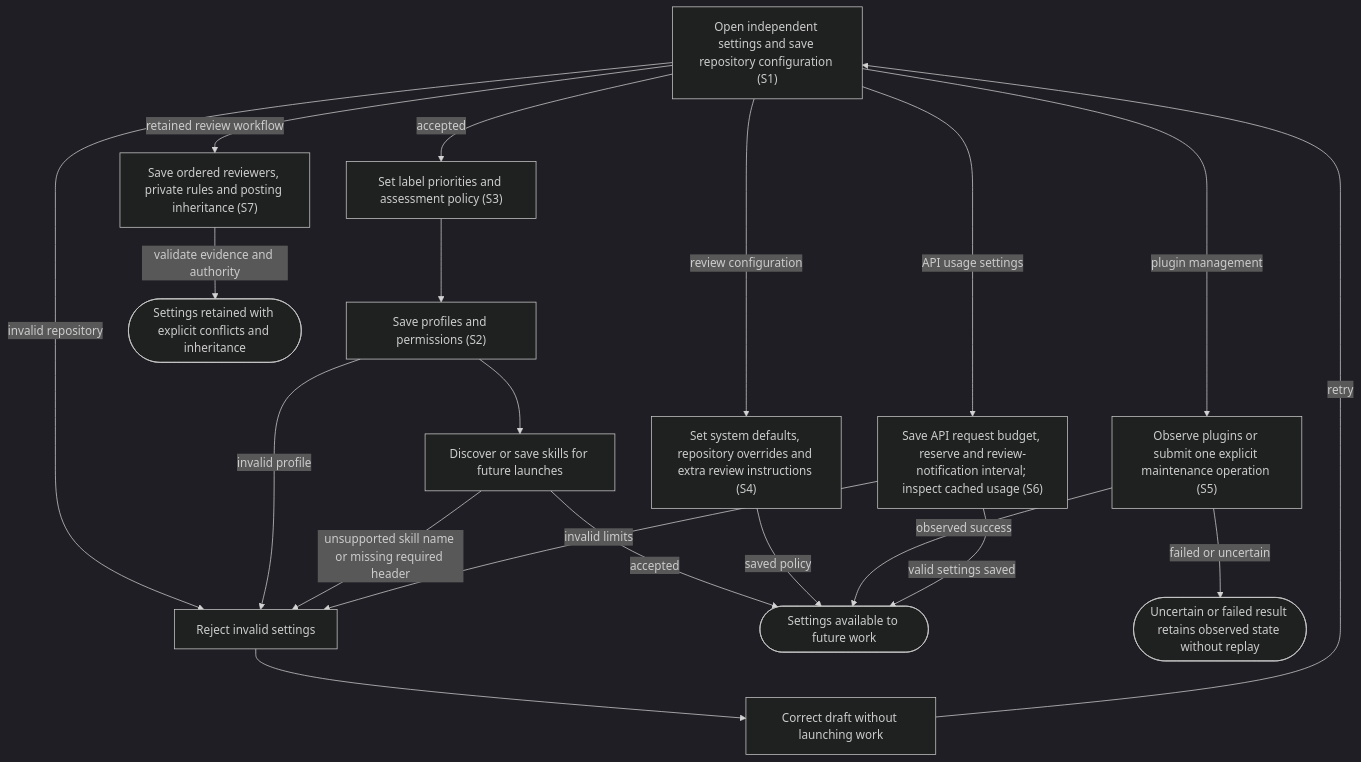
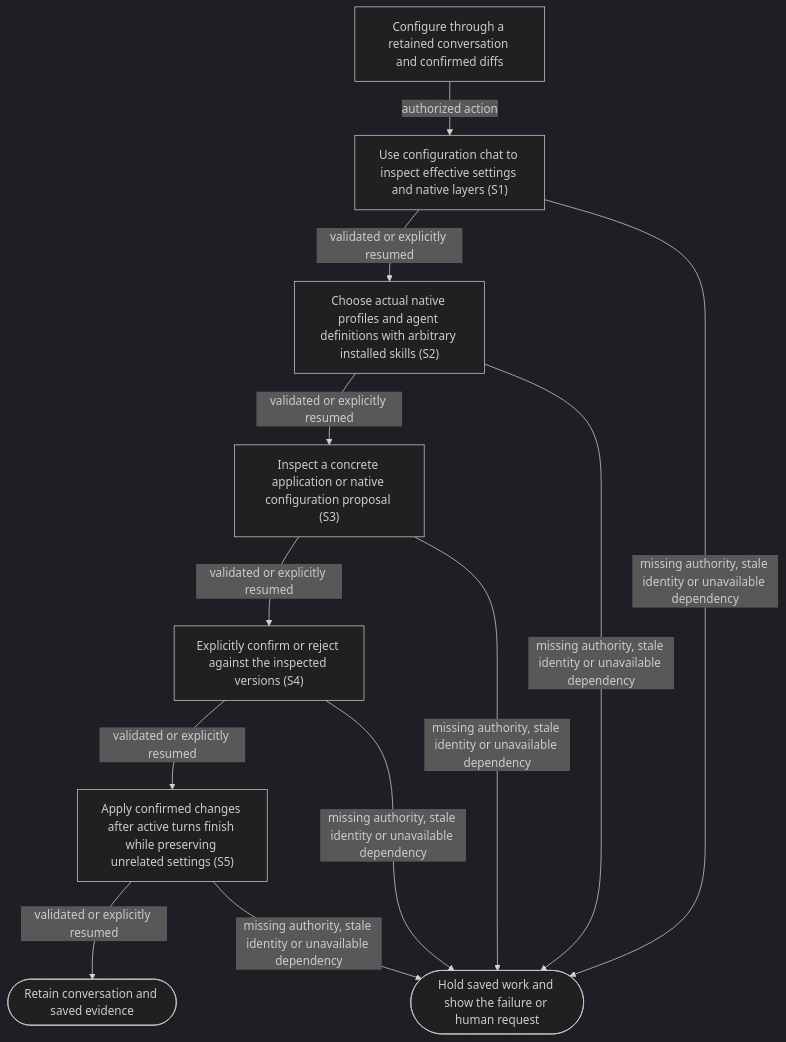
Before and after one commit to dk-code-factory/code-factory-plugin: the diagram in docs/user-flows/configure-work.md, drawn with Mermaid (dark theme). The commit also changed other lines of this file and 283 other files, not shown here.

````diff
--- a/docs/user-flows/configure-work.md
+++ b/docs/user-flows/configure-work.md
@@ -45,35 +47,22 @@
 ```mermaid
 flowchart TD
-    N0["Open independent settings and save repository configuration #40;S1#41;"]
-    N1["Set label priorities and assessment policy #40;S3#41;"]
-    N2["Save profiles and permissions #40;S2#41;"]
-    N3["Discover or save skills for future launches"]
-    N4["Reject invalid settings"]
-    N5["Correct draft without launching work"]
-    N6(["Settings available to future work"])
-    N7["Set system defaults, repository overrides and extra review instructions #40;S4#41;"]
-    N8["Observe plugins or submit one explicit maintenance operation #40;S5#41;"]
-    N9(["Uncertain or failed result retains observed state without replay"])
-    N10["Save API request budget, reserve and review-notification interval#59; inspect cached usage #40;S6#41;"]
-    N11["Save ordered reviewers, private rules and posting inheritance #40;S7#41;"]
-    N12(["Settings retained with explicit conflicts and inheritance"])
-    N0 -->|"accepted"| N1
-    N1 --> N2
-    N2 --> N3
-    N0 -->|"invalid repository"| N4
-    N2 -->|"invalid profile"| N4
-    N3 -->|"unsupported skill name or missing required header"| N4
-    N4 --> N5
-    N5 -->|"retry"| N0
-    N3 -->|"accepted"| N6
-    N0 -->|"review configuration"| N7
-    N7 -->|"saved policy"| N6
-    N0 -->|"plugin management"| N8
-    N8 -->|"observed success"| N6
-    N8 -->|"failed or uncertain"| N9
-    N0 -->|"API usage settings"| N10
-    N10 -->|"valid settings saved"| N6
-    N10 -->|"invalid limits"| N4
-    N0 -->|"retained review workflow"| N11
-    N11 -->|"validate evidence and authority"| N12
+    N0["Configure through a retained conversation and confirmed diffs"]
+    N1["Use configuration chat to inspect effective settings and native layers #40;S1#41;"]
+    N2["Choose actual native profiles and agent definitions with arbitrary installed skills #40;S2#41;"]
+    N3["Inspect a concrete application or native configuration proposal #40;S3#41;"]
+    N4["Explicitly confirm or reject against the inspected versions #40;S4#41;"]
+    N5["Apply confirmed changes after active turns finish while preserving unrelated settings #40;S5#41;"]
+    N6(["Hold saved work and show the failure or human request"])
+    N7(["Retain conversation and saved evidence"])
+    N0 -->|"authorized action"| N1
+    N1 -->|"validated or explicitly resumed"| N2
+    N1 -->|"missing authority, stale identity or unavailable dependency"| N6
+    N2 -->|"validated or explicitly resumed"| N3
+    N2 -->|"missing authority, stale identity or unavailable dependency"| N6
+    N3 -->|"validated or explicitly resumed"| N4
+    N3 -->|"missing authority, stale identity or unavailable dependency"| N6
+    N4 -->|"validated or explicitly resumed"| N5
+    N4 -->|"missing authority, stale identity or unavailable dependency"| N6
+    N5 -->|"validated or explicitly resumed"| N7
+    N5 -->|"missing authority, stale identity or unavailable dependency"| N6
 ```
````
